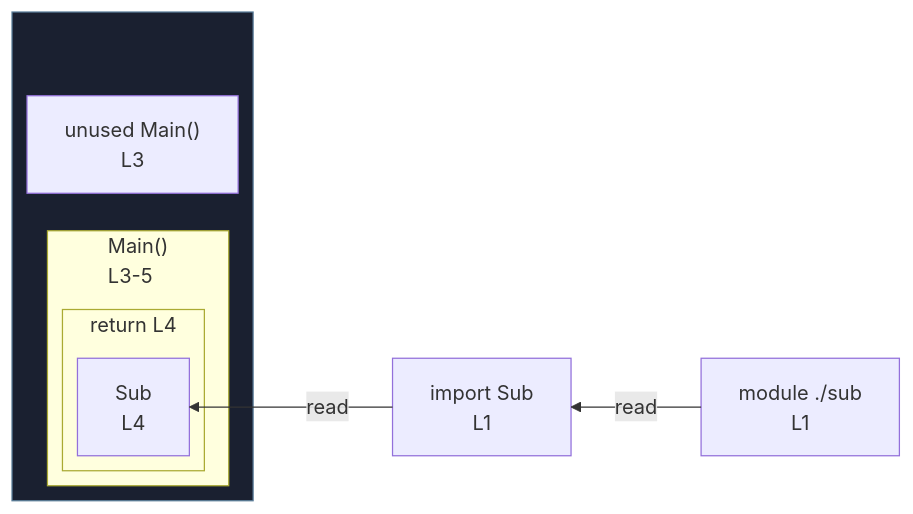
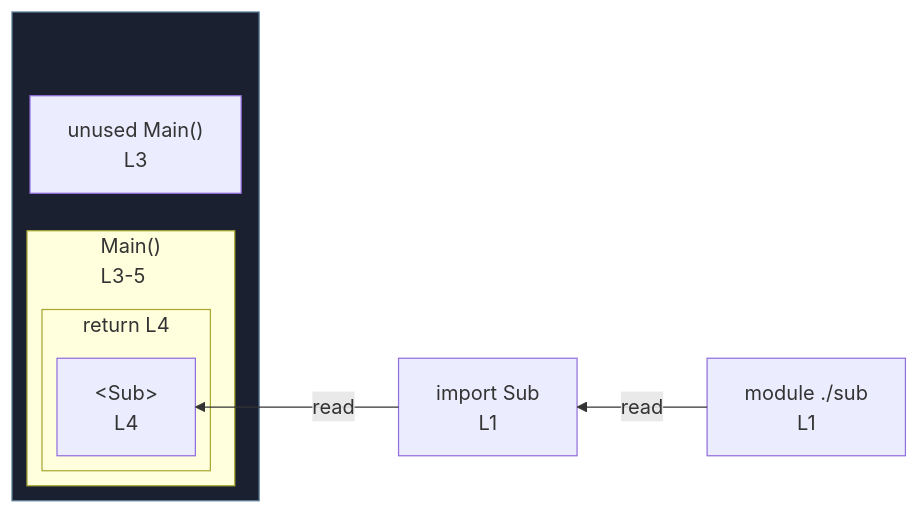
The diagram in integration/fixtures/jsx-component-export/preview.md (crescware/unsnarl), drawn with Mermaid before and after one commit. The commit also changed 95 other files, not shown here.

````diff
--- a/integration/fixtures/jsx-component-export/preview.md
+++ b/integration/fixtures/jsx-component-export/preview.md
@@ -15,21 +15,21 @@
 ```mermaid
 %%{init: {"flowchart": {"defaultRenderer": "elk"}}}%%
 flowchart RL
   n_scope_0_Sub_9["import Sub<br/>L1"]
   subgraph wrap_s_scope_1[" "]
     direction TB
     n_scope_0_Main_46["unused Main()<br/>L3"]
     subgraph s_scope_1["Main()<br/>L3-5"]
       direction RL
       subgraph s_return_scope_0_Main_46_57_79["return L4"]
         direction RL
-        ret_use_ref_0["Sub<br/>L4"]
+        ret_use_ref_0["&lt;Sub&gt;<br/>L4"]
       end
     end
   end
   n_scope_0_Sub_9 -->|read| ret_use_ref_0
   mod___sub["module ./sub<br/>L1"]
   mod___sub -->|read| n_scope_0_Sub_9
   classDef fnWrap fill:#1a2030,stroke:#5a7d99;
   class wrap_s_scope_1 fnWrap;
 ```
````
